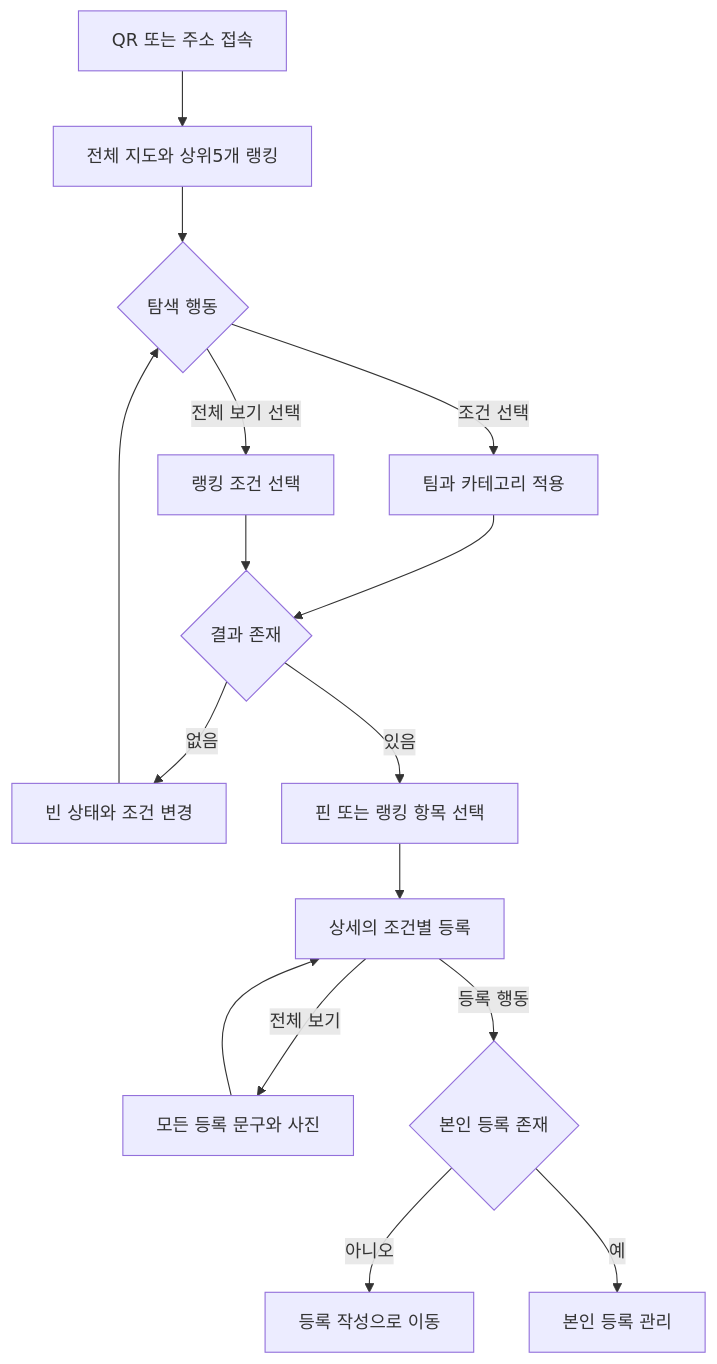
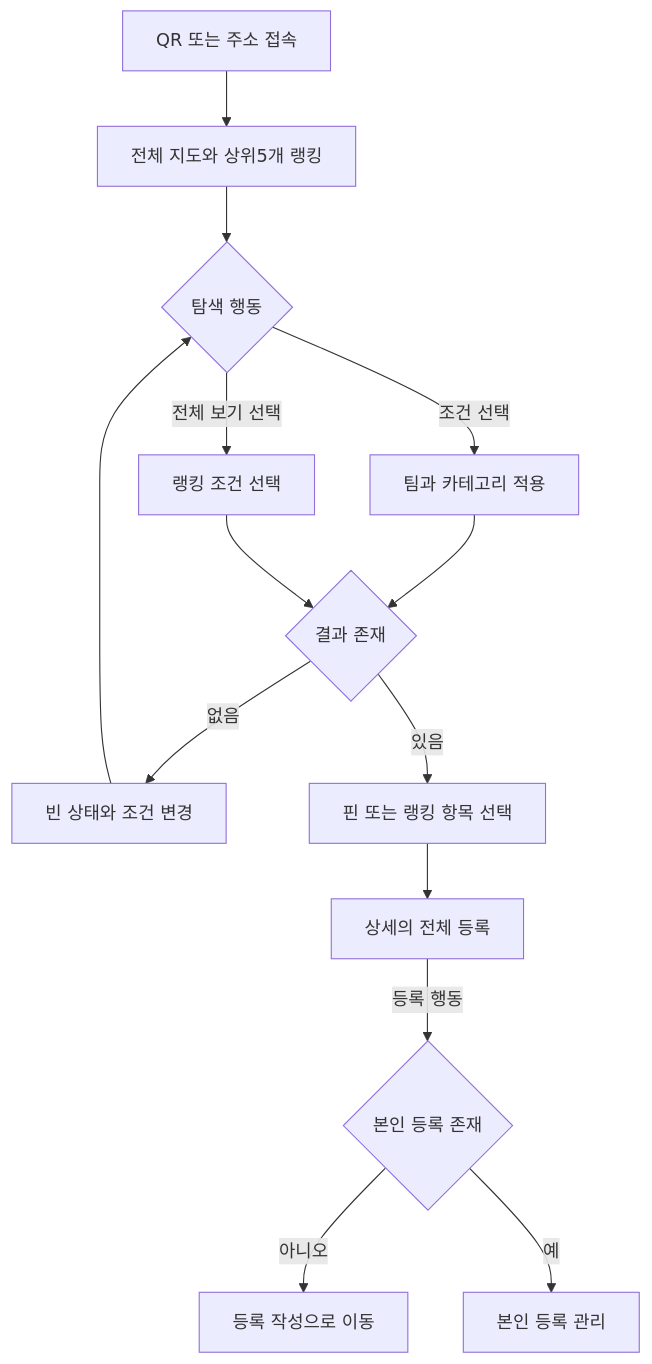
The first of 5 diagrams in docs/2-user-story/participant.md (tunggary/it-center-food-map), drawn with Mermaid before and after one commit. The commit also changed other lines of this file and 8 other files, not shown here.

````diff
--- a/docs/2-user-story/participant.md
+++ b/docs/2-user-story/participant.md
@@ -133,18 +133,16 @@
 ```mermaid
 flowchart TD
     visit["QR 또는 주소 접속"] --> home["전체 지도와 상위5개 랭킹"]
     home --> choose{"탐색 행동"}
     choose -->|"조건 선택"| filter["팀과 카테고리 적용"]
     choose -->|"전체 보기 선택"| ranks["랭킹 조건 선택"]
     filter --> results{"결과 존재"}
     ranks --> results
     results -->|"없음"| empty["빈 상태와 조건 변경"]
     empty --> choose
     results -->|"있음"| selectItem["핀 또는 랭킹 항목 선택"]
-    selectItem --> detail["상세의 조건별 등록"]
-    detail -->|"전체 보기"| allItems["모든 등록 문구와 사진"]
+    selectItem --> detail["상세의 전체 등록"]
     detail -->|"등록 행동"| own{"본인 등록 존재"}
     own -->|"아니오"| form["등록 작성으로 이동"]
     own -->|"예"| manage["본인 등록 관리"]
-    allItems --> detail
 ```
````
